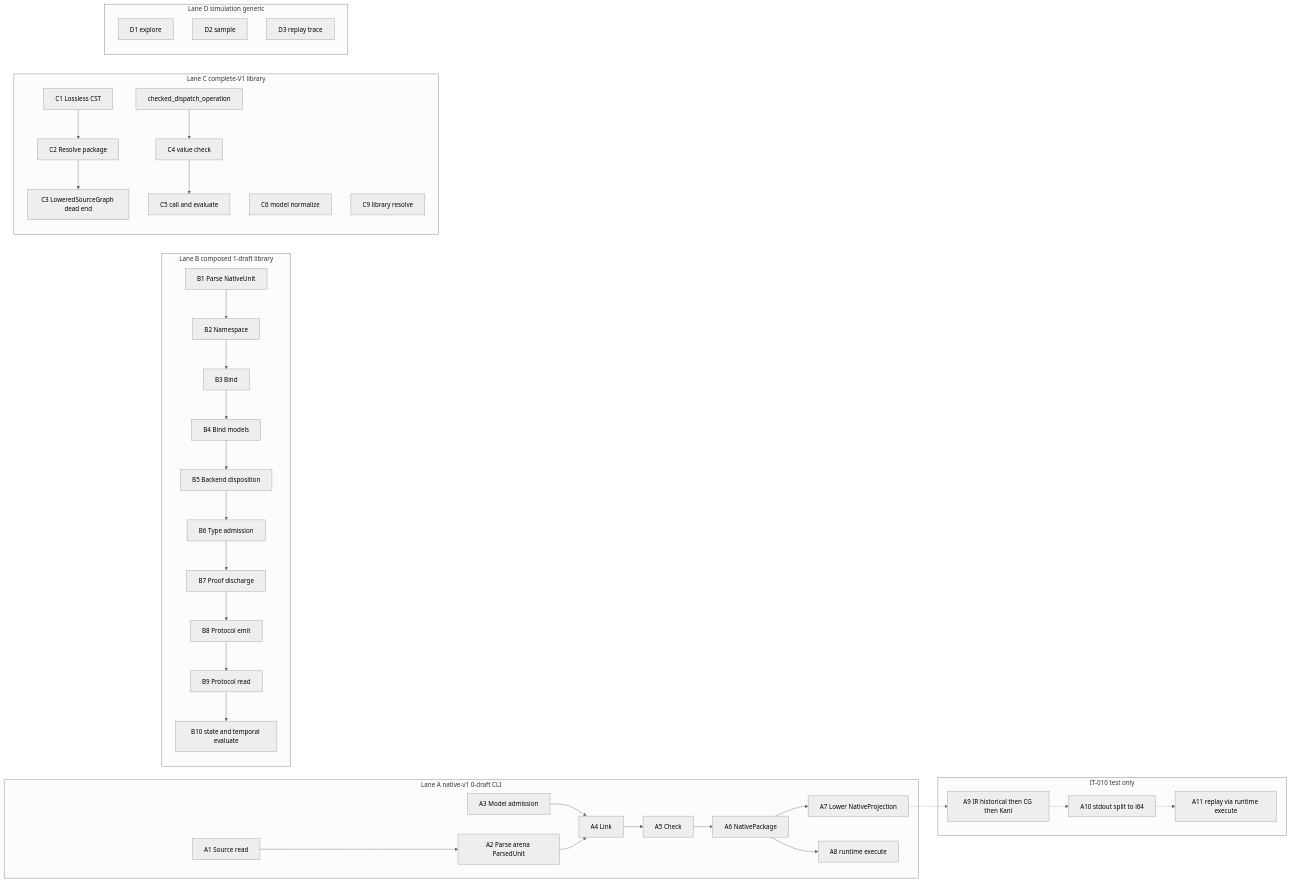
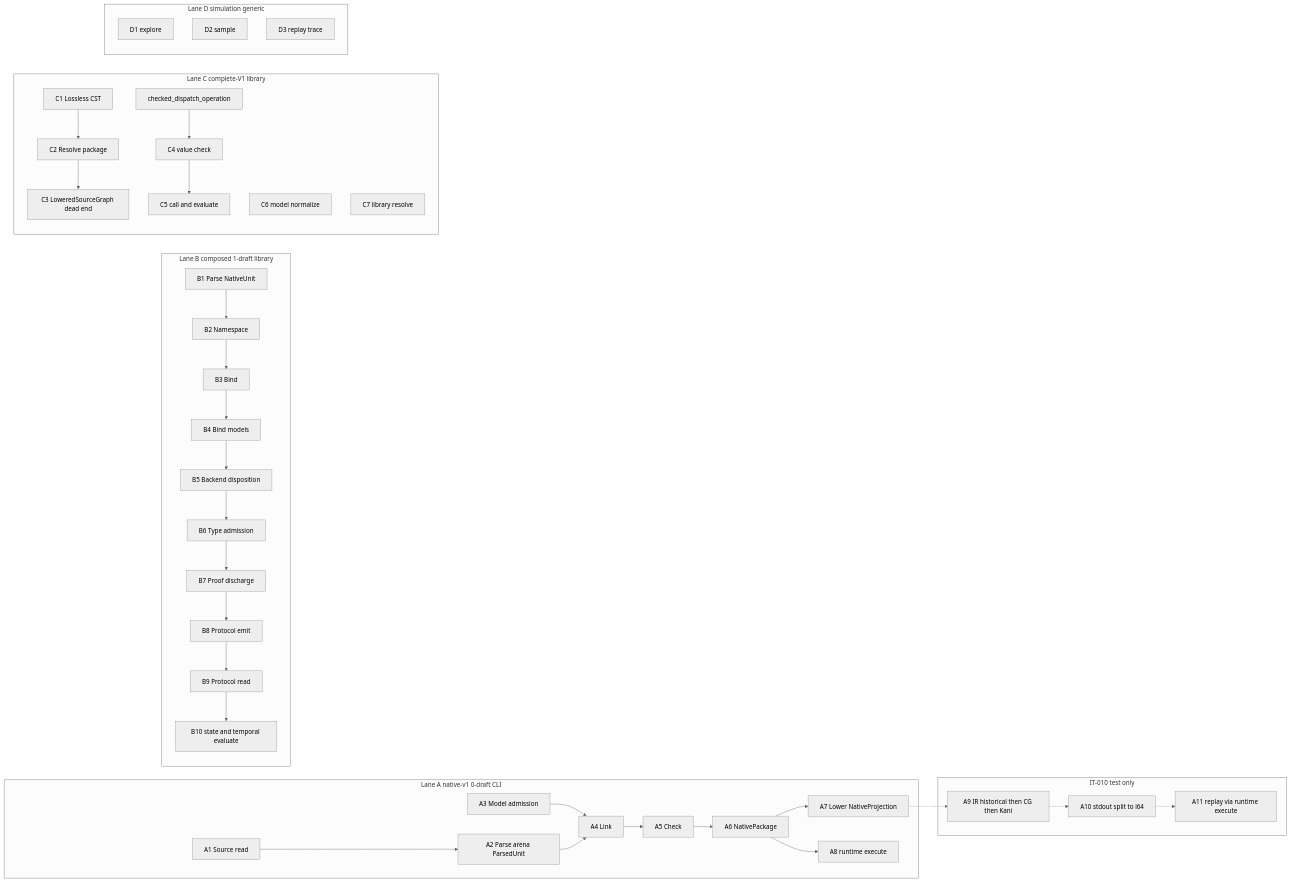
Before and after one commit to agent-ix/quire-spec-language: the first of 3 diagrams in spec/decisions/ADR-010-observed-architecture-baseline.md, drawn with Mermaid (neutral theme). The commit also changed other lines of this file and 8 other files, not shown here.

````diff
--- a/spec/decisions/ADR-010-observed-architecture-baseline.md
+++ b/spec/decisions/ADR-010-observed-architecture-baseline.md
@@ -120,33 +169,33 @@
 ```mermaid
 graph LR
   subgraph A[Lane A native-v1 0-draft CLI]
     A1[A1 Source read] --> A2[A2 Parse arena ParsedUnit]
     A3[A3 Model admission] --> A4
     A2 --> A4[A4 Link]
     A4 --> A5[A5 Check]
     A5 --> A6[A6 NativePackage]
     A6 --> A7[A7 Lower NativeProjection]
     A6 --> A8[A8 runtime execute]
   end
   subgraph T[IT-010 test only]
     A7 -.-> A9[A9 IR historical then CG then Kani]
     A9 -.-> A10[A10 stdout split to i64]
     A10 -.-> A11[A11 replay via runtime execute]
   end
   subgraph B[Lane B composed 1-draft library]
     B1[B1 Parse NativeUnit] --> B2[B2 Namespace] --> B3[B3 Bind] --> B4[B4 Bind models] --> B5[B5 Backend disposition] --> B6[B6 Type admission] --> B7[B7 Proof discharge] --> B8[B8 Protocol emit]
     B8 --> B9[B9 Protocol read] --> B10[B10 state and temporal evaluate]
   end
   subgraph C[Lane C complete-V1 library]
     C1[C1 Lossless CST] --> C2[C2 Resolve package] --> C3[C3 LoweredSourceGraph dead end]
     X[checked_dispatch_operation] --> C4[C4 value check]
     C4 --> C5[C5 call and evaluate]
     C6[C6 model normalize]
-    C9[C9 library resolve]
+    C7[C7 library resolve]
   end
   subgraph D[Lane D simulation generic]
     D1[D1 explore]
     D2[D2 sample]
     D3[D3 replay trace]
   end
 ```
````
